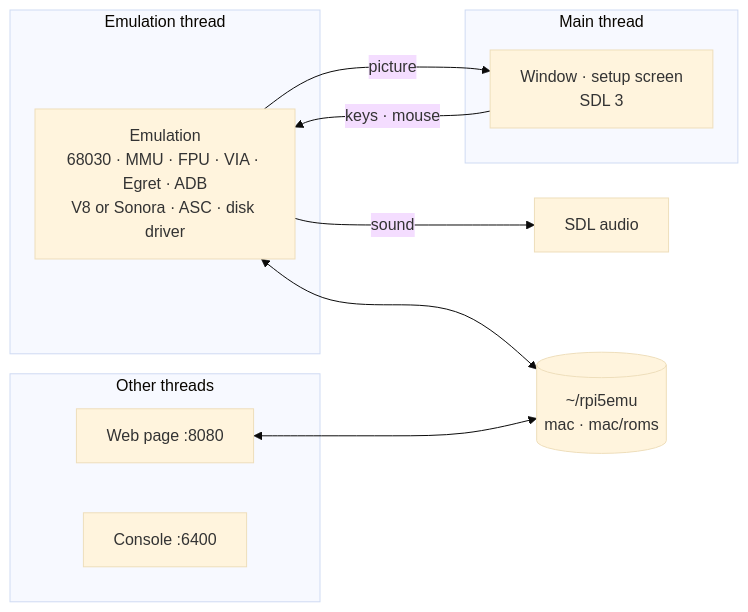
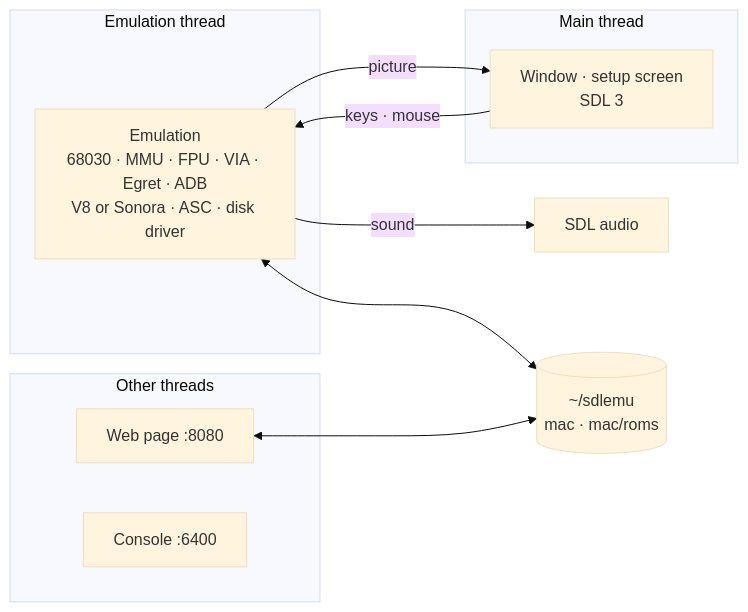
Before and after one commit to rlucencic/rpi5mac3: the diagram in README.md, drawn with Mermaid (base theme). The commit also changed other lines of this file and 3 other files, not shown here.

````diff
--- a/README.md
+++ b/README.md
@@ -173,19 +170,19 @@
 ```mermaid
 flowchart LR
   subgraph emu [Emulation thread]
     EMU["Emulation<br>68030 · MMU · FPU · VIA · Egret · ADB<br>V8 or Sonora · ASC · disk driver"]
   end
   subgraph main [Main thread]
     WIN["Window · setup screen<br>SDL 3"]
   end
   subgraph others [Other threads]
     WEB[Web page :8080]
     CON[Console :6400]
   end
   EMU -- picture --> WIN
   EMU -- sound --> SND[SDL audio]
   WIN -- keys · mouse --> EMU
-  DATA[("~/rpi5emu<br>mac · mac/roms")]
+  DATA[("~/sdlemu<br>mac · mac/roms")]
   EMU <--> DATA
   WEB <--> DATA
 ```
````
